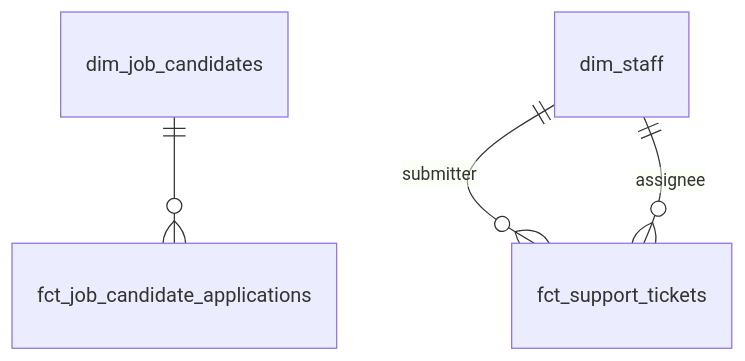
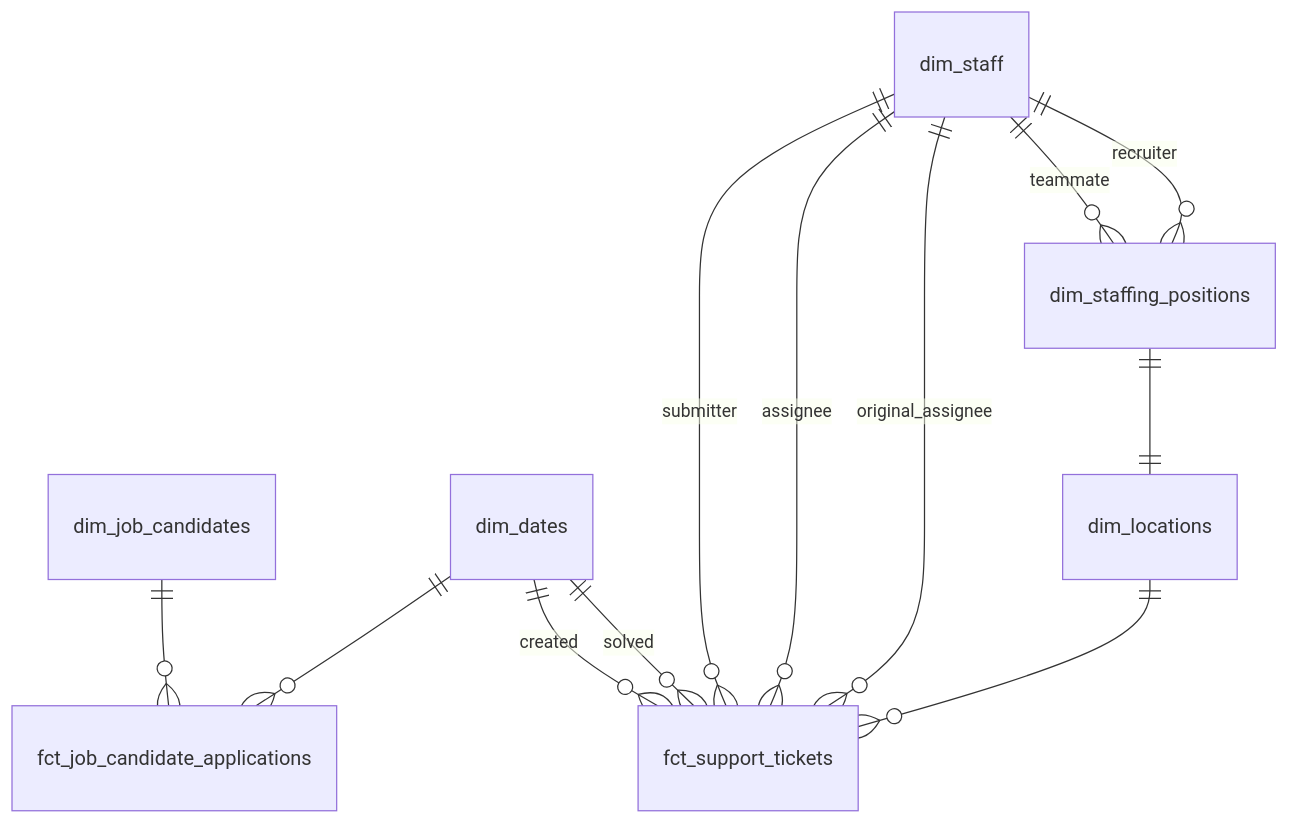
The tenth of 10 diagrams in docs/superpowers/specs/2026-03-27-star-schema-data-mart-design.md (TEAMSchools/teamster), drawn with Mermaid before and after one commit. The commit also changed other lines of this file, not shown here.

First line of the commit message:
docs: incorporate star-schema mart spec feedback on A+X traversal

````diff
--- a/docs/superpowers/specs/2026-03-27-star-schema-data-mart-design.md
+++ b/docs/superpowers/specs/2026-03-27-star-schema-data-mart-design.md
@@ -591,6 +721,14 @@
 ```mermaid
 erDiagram
     dim_job_candidates ||--o{ fct_job_candidate_applications : ""
     dim_staff ||--o{ fct_support_tickets : "submitter"
     dim_staff ||--o{ fct_support_tickets : "assignee"
+    dim_staff ||--o{ fct_support_tickets : "original_assignee"
+    dim_dates ||--o{ fct_job_candidate_applications : ""
+    dim_dates ||--o{ fct_support_tickets : "created"
+    dim_dates ||--o{ fct_support_tickets : "solved"
+    dim_locations ||--o{ fct_support_tickets : ""
+    dim_staffing_positions ||--|| dim_locations : ""
+    dim_staff ||--o{ dim_staffing_positions : "teammate"
+    dim_staff ||--o{ dim_staffing_positions : "recruiter"
 ```
````
